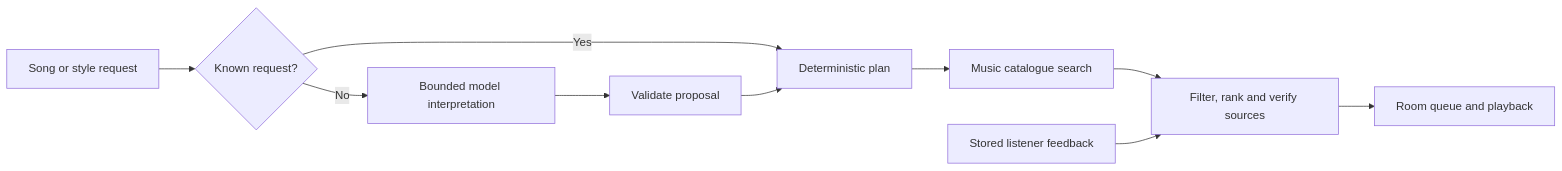
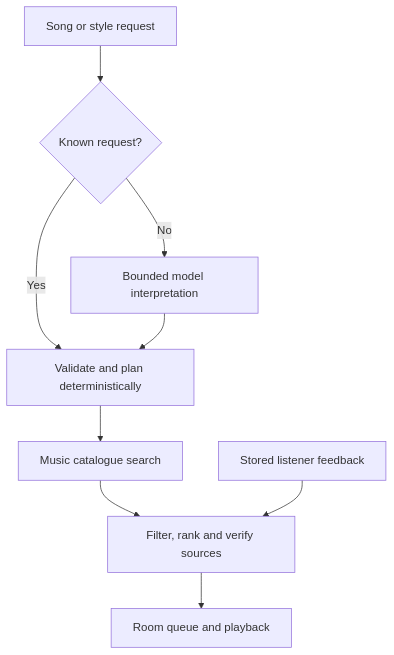
One commit to p0ki/personal-ai-infrastructure changed the fourth of 6 diagrams in WORKFLOWS.md. Above: the diagram before and after it, drawn with Mermaid.

Commit message:
docs: improve music workflow diagram readability

````diff
--- a/WORKFLOWS.md
+++ b/WORKFLOWS.md
@@ -133,12 +133,11 @@
 ```mermaid
-flowchart LR
+flowchart TD
     Q[Song or style request] --> C{Known request?}
-    C -->|Yes| D[Deterministic plan]
+    C -->|Yes| D[Validate and plan deterministically]
     C -->|No| M[Bounded model interpretation]
-    M --> V[Validate proposal]
-    V --> D
+    M --> D
     D --> S[Music catalogue search]
     S --> E[Filter, rank and verify sources]
     E --> P[Room queue and playback]
     F[Stored listener feedback] --> E
 ```
````
